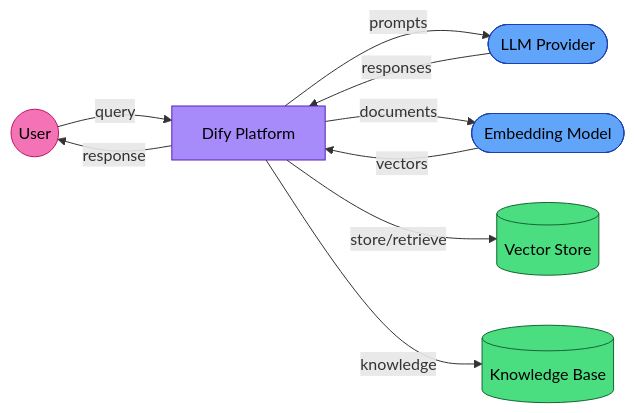
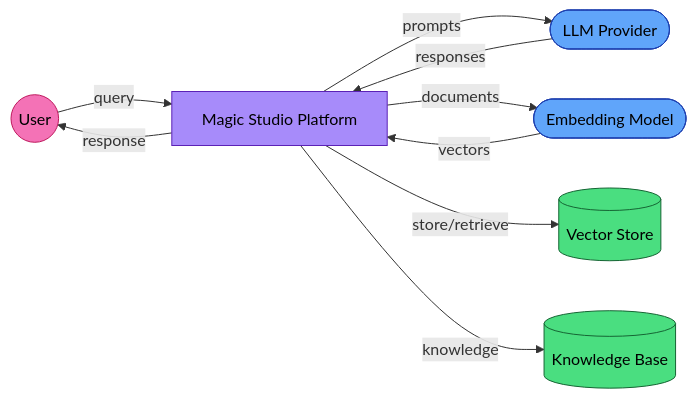
Before and after one commit to krishtyagi260605-gif/magic-studio-demo-model-: the diagram in docs/eu-ai-act-compliance.md, drawn with Mermaid. The commit also changed other lines of this file and 769 other files, not shown here.

Commit message:
Rebrand platform as Magic Studio

````diff
--- a/docs/eu-ai-act-compliance.md
+++ b/docs/eu-ai-act-compliance.md
@@ -47,23 +47,23 @@
 ```mermaid
 graph LR
-    USER((User)) -->|query| DIFY[Dify Platform]
+    USER((User)) -->|query| DIFY[Magic Studio Platform]
     DIFY -->|prompts| LLM([LLM Provider])
     LLM -->|responses| DIFY
     DIFY -->|documents| EMBED([Embedding Model])
     EMBED -->|vectors| DIFY
     DIFY -->|store/retrieve| VS[(Vector Store)]
     DIFY -->|knowledge| KB[(Knowledge Base)]
     DIFY -->|response| USER
 
     classDef processor fill:#60a5fa,stroke:#1e40af,color:#000
     classDef controller fill:#4ade80,stroke:#166534,color:#000
     classDef app fill:#a78bfa,stroke:#5b21b6,color:#000
     classDef user fill:#f472b6,stroke:#be185d,color:#000
 
     class USER user
     class DIFY app
     class LLM processor
     class EMBED processor
     class VS controller
     class KB controller
 ```
````
